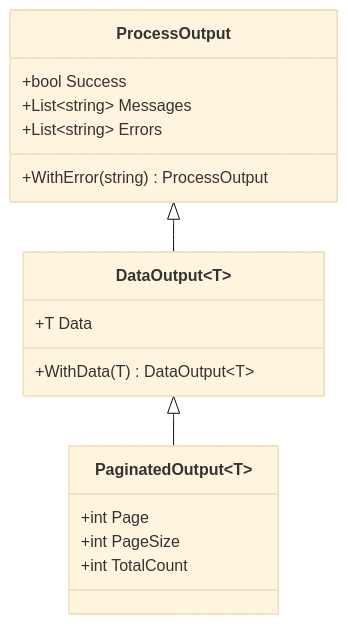
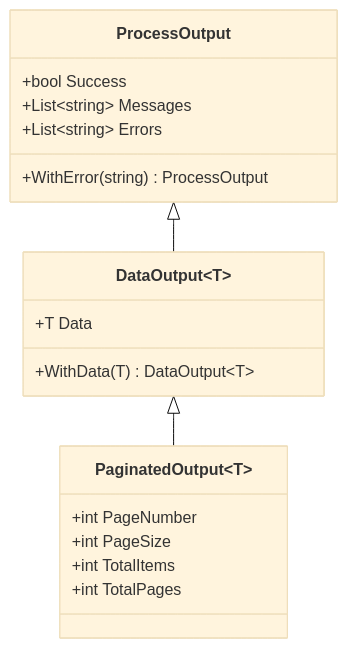
One commit to artur-rios/dotnet-webapi-util changed the third of 3 diagrams in docs/content/en/docs/architecture.md. Above: the diagram before and after it, drawn with Mermaid (base theme). The commit also changed 11 other files, not shown here.

````diff
--- a/docs/content/en/docs/architecture.md
+++ b/docs/content/en/docs/architecture.md
@@ -116,20 +116,21 @@
 ```mermaid
 classDiagram
     class ProcessOutput {
         +bool Success
         +List~string~ Messages
         +List~string~ Errors
         +WithError(string) ProcessOutput
     }
     class DataOutput~T~ {
         +T Data
         +WithData(T) DataOutput~T~
     }
     class PaginatedOutput~T~ {
-        +int Page
+        +int PageNumber
         +int PageSize
-        +int TotalCount
+        +int TotalItems
+        +int TotalPages
     }
     ProcessOutput <|-- DataOutput
     DataOutput <|-- PaginatedOutput
 ```
````
